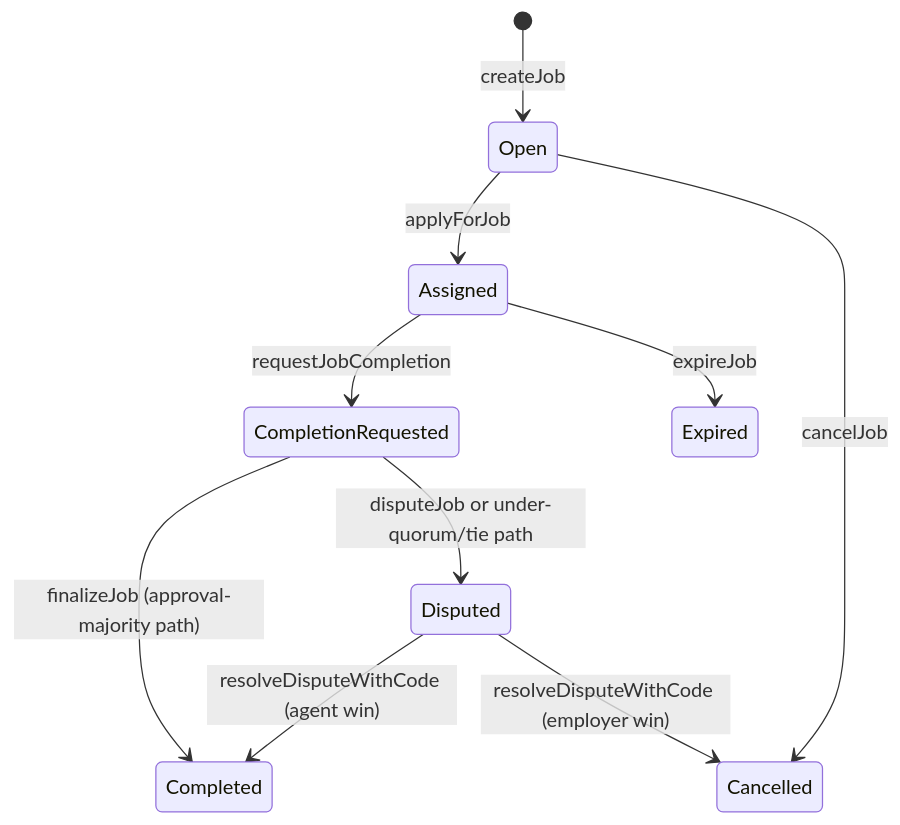
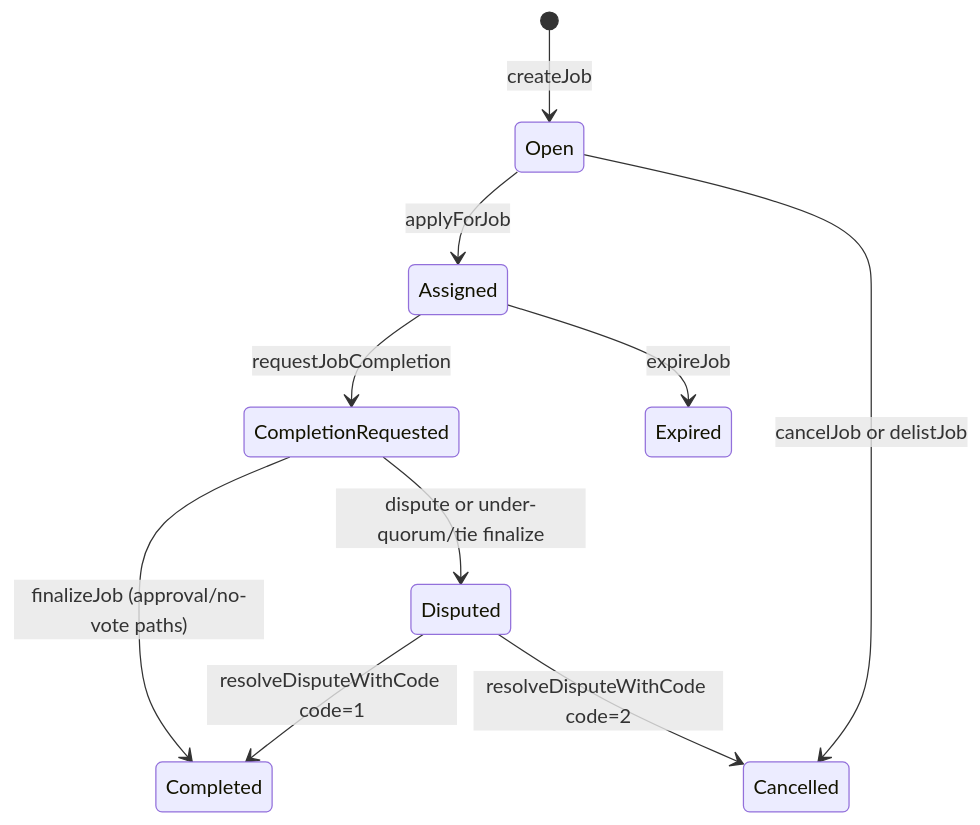
Before and after one commit to MontrealAI/AGIJobManager: the second of 4 diagrams in docs/DEPLOYMENT/OWNER_MAINNET_DEPLOYMENT_AND_OPERATIONS_GUIDE.md, drawn with Mermaid. The commit also changed other lines of this file and 1 other file, not shown here.

````diff
--- a/docs/DEPLOYMENT/OWNER_MAINNET_DEPLOYMENT_AND_OPERATIONS_GUIDE.md
+++ b/docs/DEPLOYMENT/OWNER_MAINNET_DEPLOYMENT_AND_OPERATIONS_GUIDE.md
@@ -325,12 +297,12 @@
 ```mermaid
 stateDiagram-v2
   [*] --> Open: createJob
   Open --> Assigned: applyForJob
   Assigned --> CompletionRequested: requestJobCompletion
-  CompletionRequested --> Completed: finalizeJob (approval-majority path)
-  CompletionRequested --> Disputed: disputeJob or under-quorum/tie path
+  CompletionRequested --> Completed: finalizeJob (approval/no-vote paths)
+  CompletionRequested --> Disputed: dispute or under-quorum/tie finalize
   Assigned --> Expired: expireJob
-  Open --> Cancelled: cancelJob
-  Disputed --> Completed: resolveDisputeWithCode (agent win)
-  Disputed --> Cancelled: resolveDisputeWithCode (employer win)
+  Open --> Cancelled: cancelJob or delistJob
+  Disputed --> Completed: resolveDisputeWithCode code=1
+  Disputed --> Cancelled: resolveDisputeWithCode code=2
 ```
````
